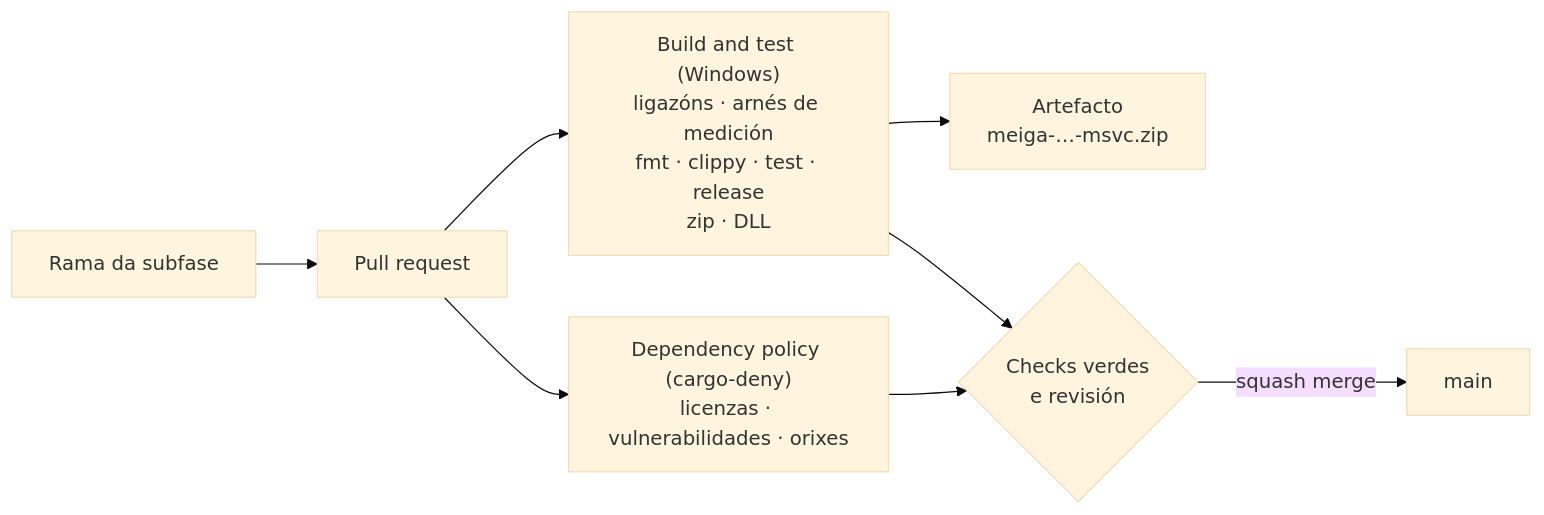
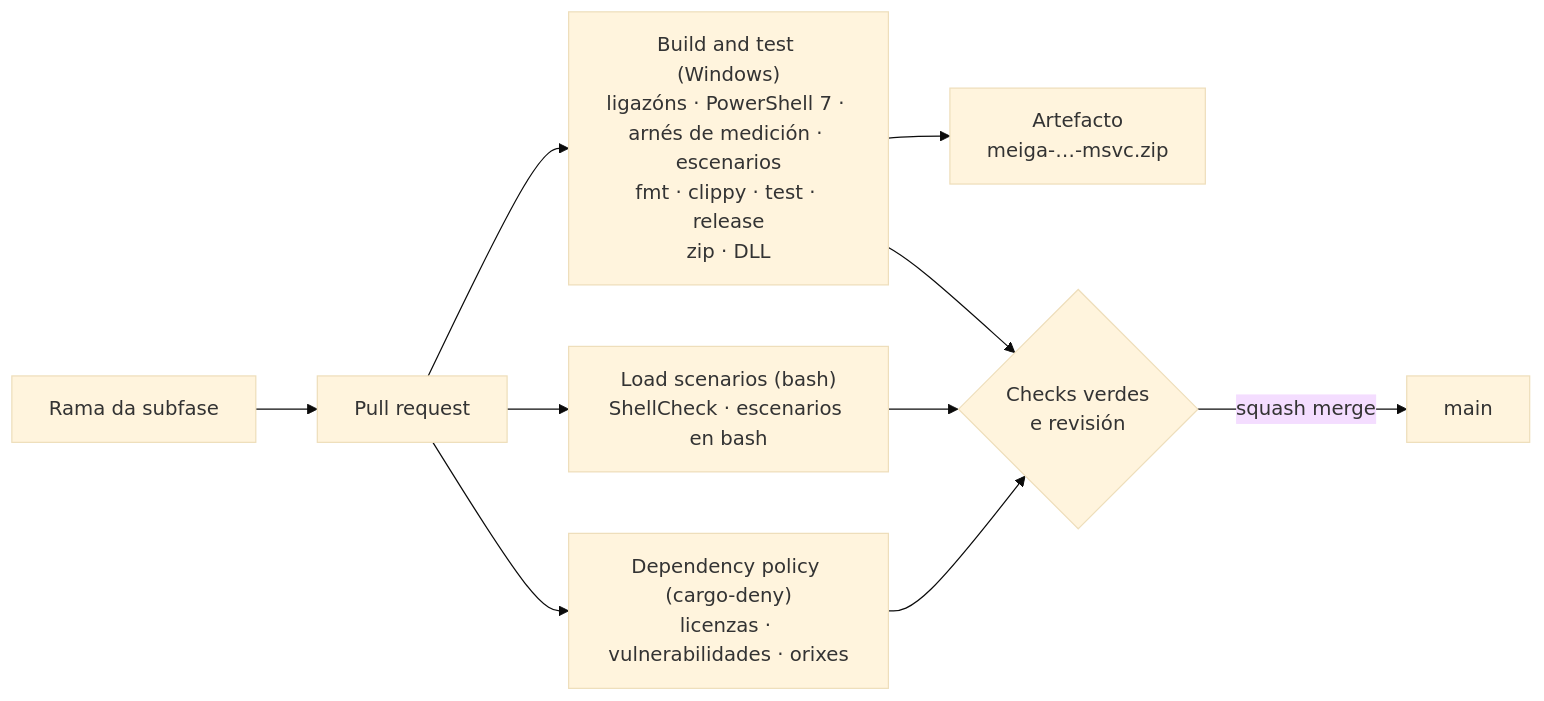
One commit to NewHouses/meiga changed the third of 5 diagrams in docs/arquitectura.md. Above: the diagram before and after it, drawn with Mermaid (base theme). The commit also changed other lines of this file and 30 other files, not shown here.

First line of the commit message:
0.7: Load scenarios (#5)

````diff
--- a/docs/arquitectura.md
+++ b/docs/arquitectura.md
@@ -108,10 +108,12 @@
 ```mermaid
 flowchart LR
     rama["Rama da subfase"] --> pr["Pull request"]
-    pr --> win["Build and test (Windows)<br/>ligazóns · arnés de medición<br/>fmt · clippy · test · release<br/>zip · DLL"]
+    pr --> win["Build and test (Windows)<br/>ligazóns · PowerShell 7 · arnés de medición · escenarios<br/>fmt · clippy · test · release<br/>zip · DLL"]
+    pr --> scen["Load scenarios (bash)<br/>ShellCheck · escenarios en bash"]
     pr --> deny["Dependency policy (cargo-deny)<br/>licenzas · vulnerabilidades · orixes"]
     win --> art["Artefacto<br/>meiga-…-msvc.zip"]
     win --> ok{"Checks verdes<br/>e revisión"}
+    scen --> ok
     deny --> ok
     ok -->|squash merge| main["main"]
 ```
````
